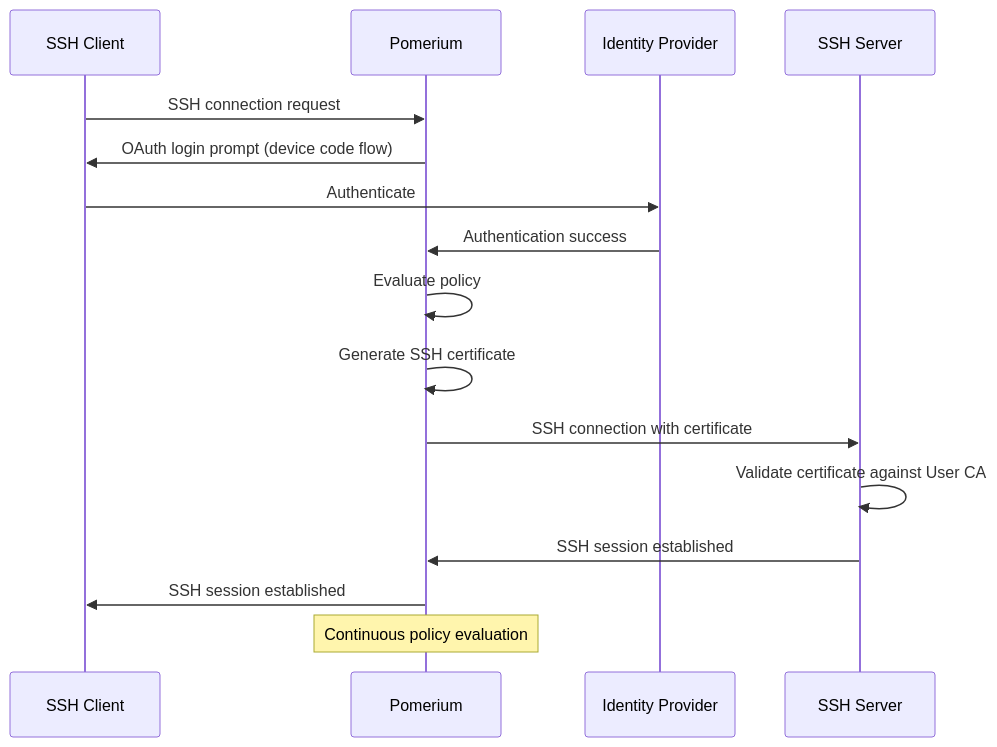
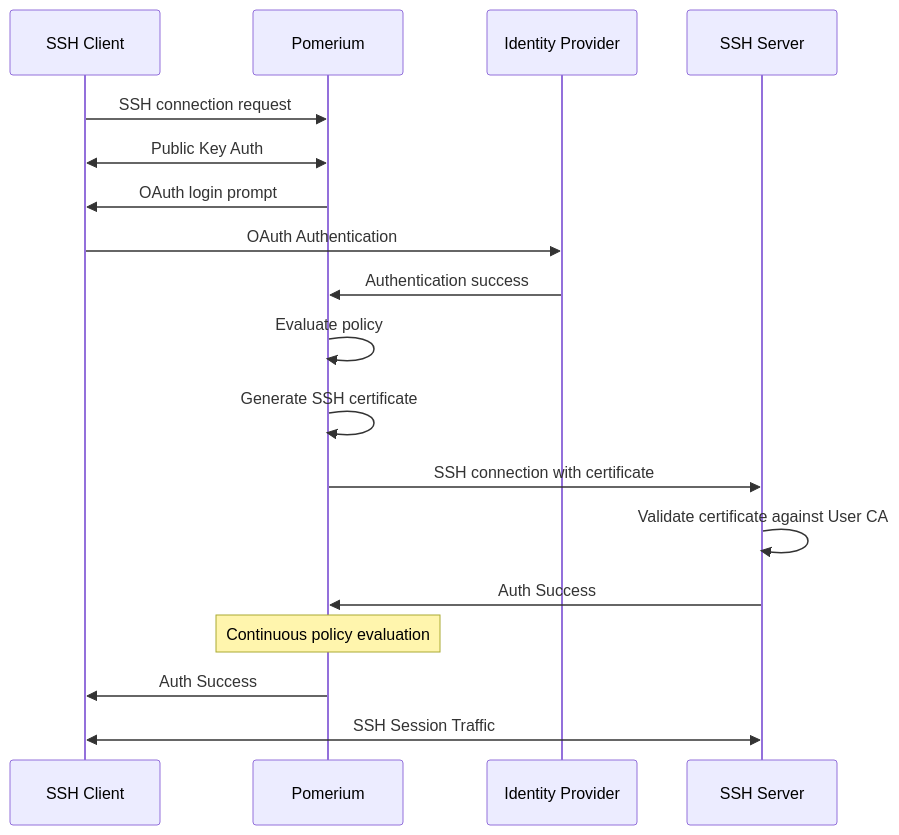
The diagram in content/docs/capabilities/native-ssh-access.mdx (pomerium/documentation), drawn with Mermaid before and after one commit. The commit also changed other lines of this file and 4 other files, not shown here.

````diff
--- a/content/docs/capabilities/native-ssh-access.mdx
+++ b/content/docs/capabilities/native-ssh-access.mdx
@@ -39,19 +51,21 @@
 ```mermaid
 sequenceDiagram
     participant User as SSH Client
     participant Pomerium as Pomerium
     participant IdP as Identity Provider
     participant Server as SSH Server
 
     User->>Pomerium: SSH connection request
-    Pomerium->>User: OAuth login prompt (device code flow)
-    User->>IdP: Authenticate
+    User<<->>Pomerium: Public Key Auth
+    Pomerium->>User: OAuth login prompt
+    User->>IdP: OAuth Authentication
     IdP->>Pomerium: Authentication success
     Pomerium->>Pomerium: Evaluate policy
     Pomerium->>Pomerium: Generate SSH certificate
     Pomerium->>Server: SSH connection with certificate
     Server->>Server: Validate certificate against User CA
-    Server->>Pomerium: SSH session established
-    Pomerium->>User: SSH session established
+    Server->>Pomerium: Auth Success
     Note over Pomerium: Continuous policy evaluation
+    Pomerium->>User: Auth Success
+    User<<->>Server: SSH Session Traffic
 ```
````
